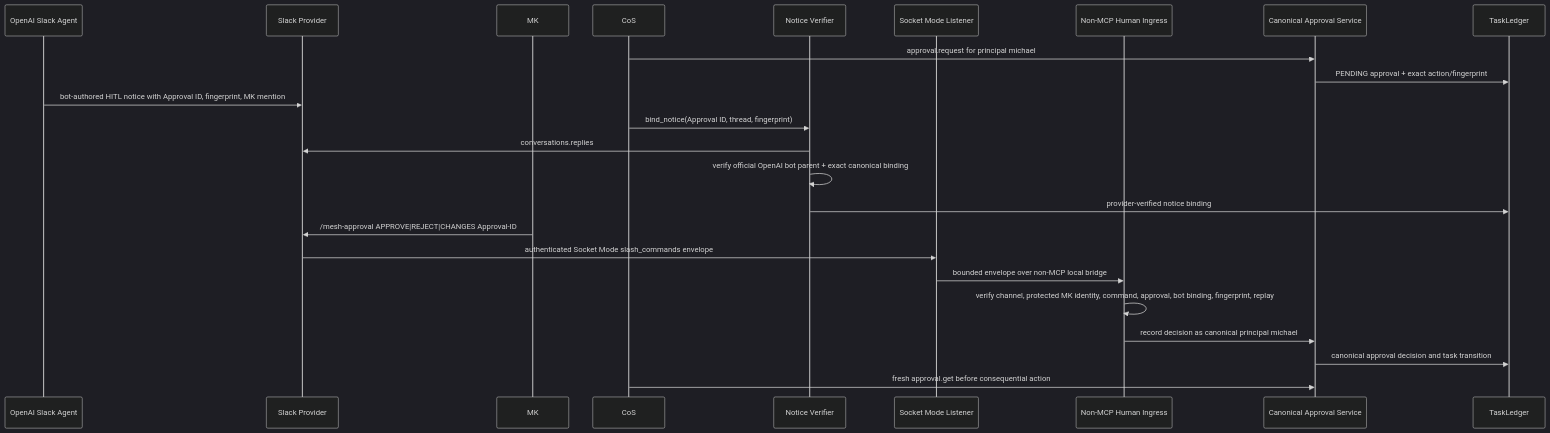
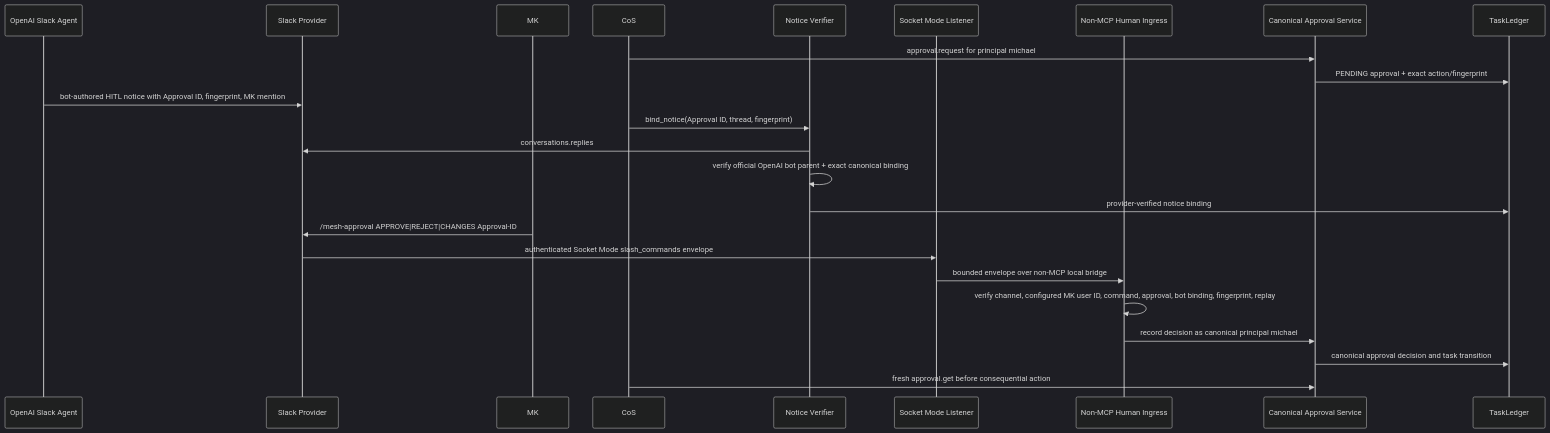
Before and after one commit to mkleinbe/mesh-ai-agent-cos-universe: the second of 2 diagrams in docs/slack-agent-protocol.md, drawn with Mermaid (dark theme). The commit also changed other lines of this file, not shown here.

````diff
--- a/docs/slack-agent-protocol.md
+++ b/docs/slack-agent-protocol.md
@@ -59,27 +59,27 @@
 ```mermaid
 sequenceDiagram
     participant OA as OpenAI Slack Agent
     participant S as Slack Provider
     participant MK as MK
     participant COS as CoS
     participant V as Notice Verifier
     participant SM as Socket Mode Listener
     participant H as Non-MCP Human Ingress
     participant A as Canonical Approval Service
     participant L as TaskLedger
 
     COS->>A: approval.request for principal michael
     A->>L: PENDING approval + exact action/fingerprint
     OA->>S: bot-authored HITL notice with Approval ID, fingerprint, MK mention
     COS->>V: bind_notice(Approval ID, thread, fingerprint)
     V->>S: conversations.replies
     V->>V: verify official OpenAI bot parent + exact canonical binding
     V->>L: provider-verified notice binding
     MK->>S: /mesh-approval APPROVE|REJECT|CHANGES Approval-ID
     S->>SM: authenticated Socket Mode slash_commands envelope
     SM->>H: bounded envelope over non-MCP local bridge
-    H->>H: verify channel, protected MK identity, command, approval, bot binding, fingerprint, replay
+    H->>H: verify channel, configured MK user ID, command, approval, bot binding, fingerprint, replay
     H->>A: record decision as canonical principal michael
     A->>L: canonical approval decision and task transition
     COS->>A: fresh approval.get before consequential action
 ```
````
